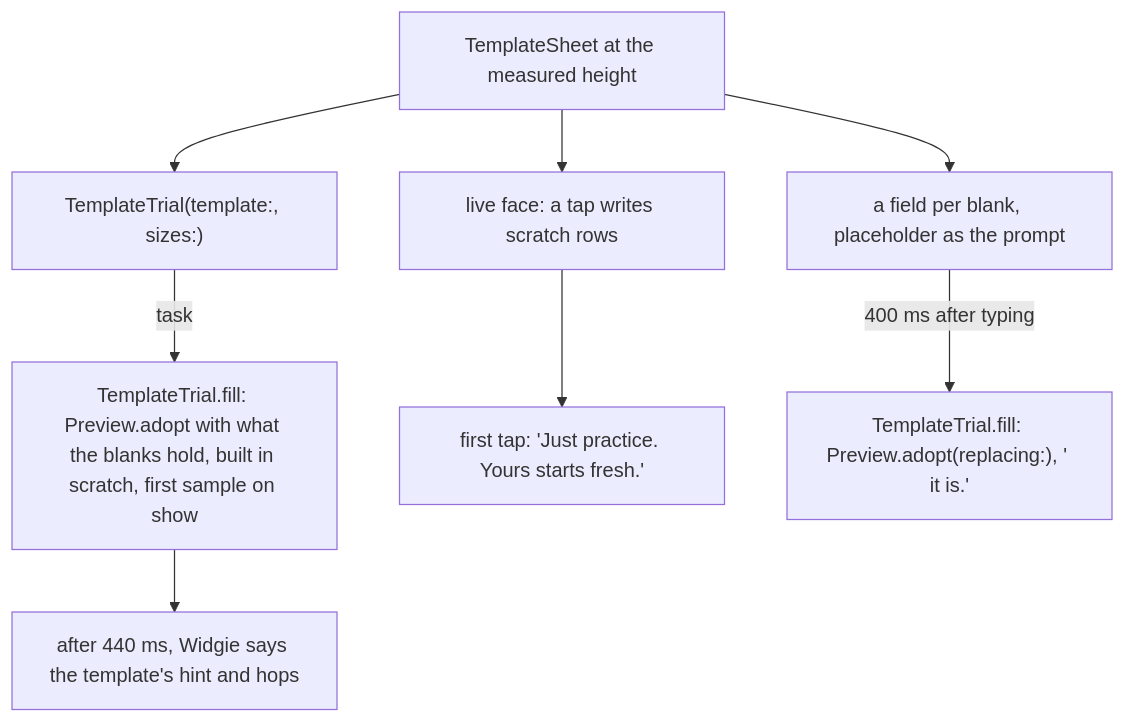
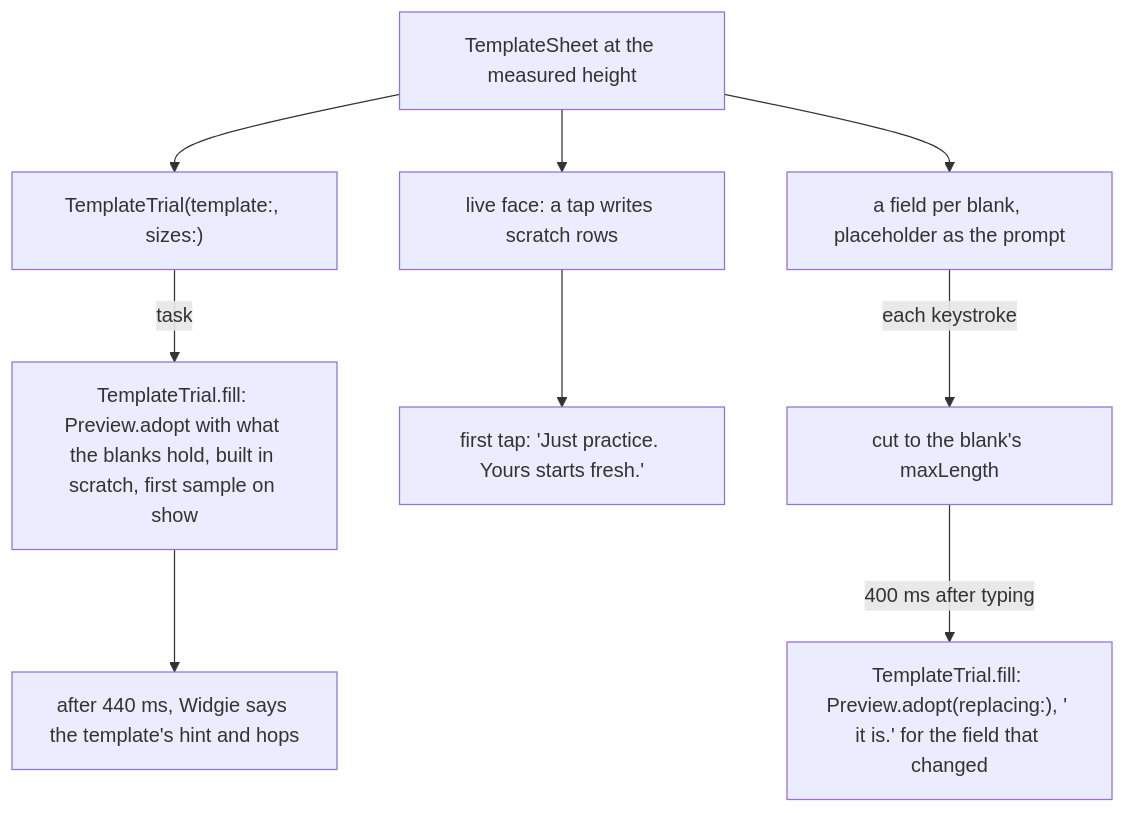
Before and after one commit to Krutik460/Widgie: the second of 5 diagrams in docs/pr/16-app-shell-u3-templates.md, drawn with Mermaid. The commit also changed other lines of this file and 1 other file, not shown here.

````diff
--- a/docs/pr/16-app-shell-u3-templates.md
+++ b/docs/pr/16-app-shell-u3-templates.md
@@ -45,10 +47,11 @@
 ```mermaid
 flowchart TD
   OPEN["TemplateSheet at the measured height"] --> TRIAL["TemplateTrial(template:, sizes:)"]
   TRIAL -->|"task"| ADOPT["TemplateTrial.fill: Preview.adopt with what the blanks hold, built in scratch, first sample on show"]
   ADOPT --> GREET["after 440 ms, Widgie says the template's hint and hops"]
   OPEN --> FACE["live face: a tap writes scratch rows"]
   FACE --> PRACTICE["first tap: 'Just practice. Yours starts fresh.'"]
   OPEN --> FIELD["a field per blank, placeholder as the prompt"]
-  FIELD -->|"400 ms after typing"| REFILL["TemplateTrial.fill: Preview.adopt(replacing:), '<name> it is.'"]
+  FIELD -->|"each keystroke"| CLAMP["cut to the blank's maxLength"]
+  CLAMP -->|"400 ms after typing"| REFILL["TemplateTrial.fill: Preview.adopt(replacing:), '<value> it is.' for the field that changed"]
 ```
````
